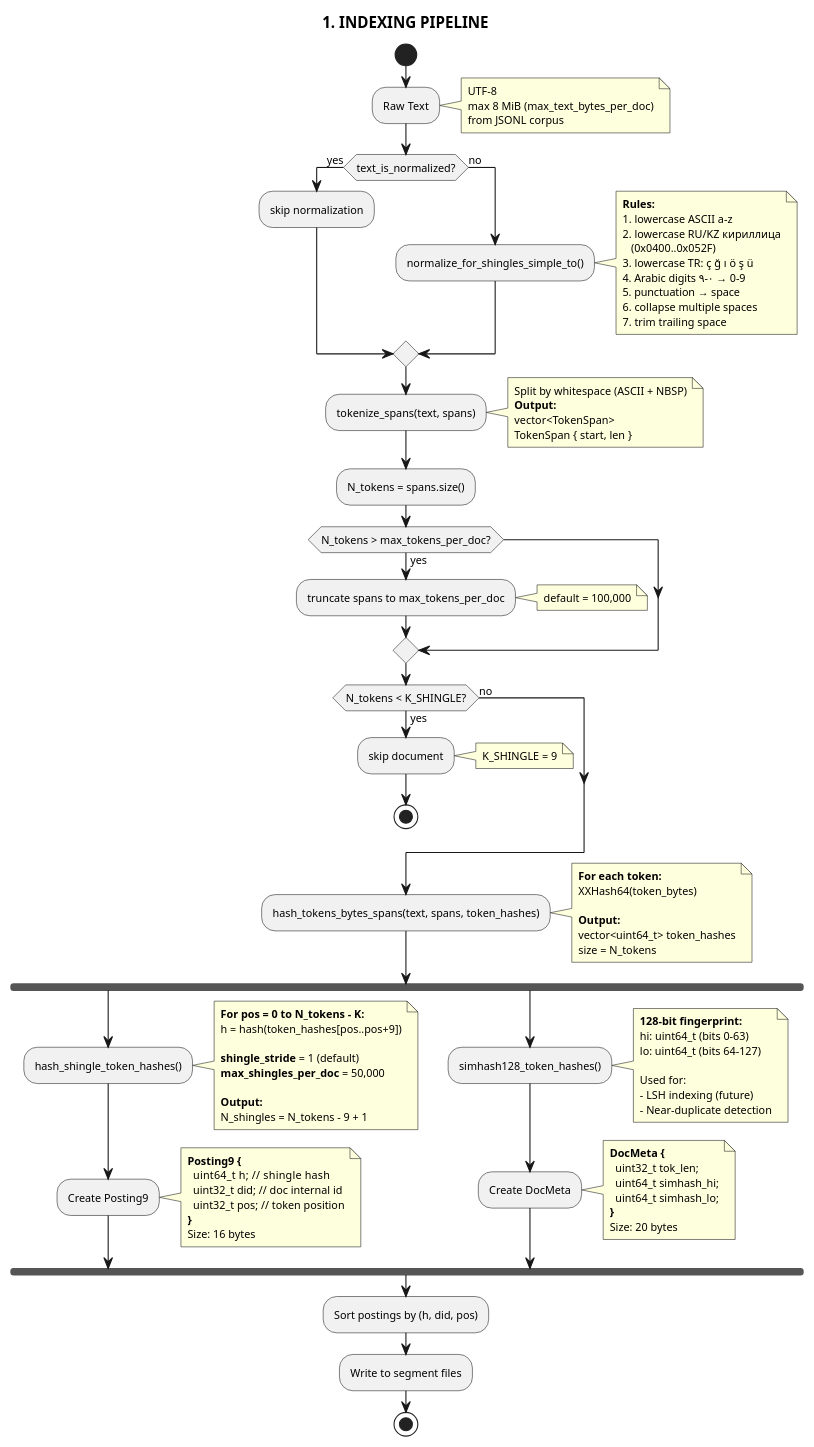
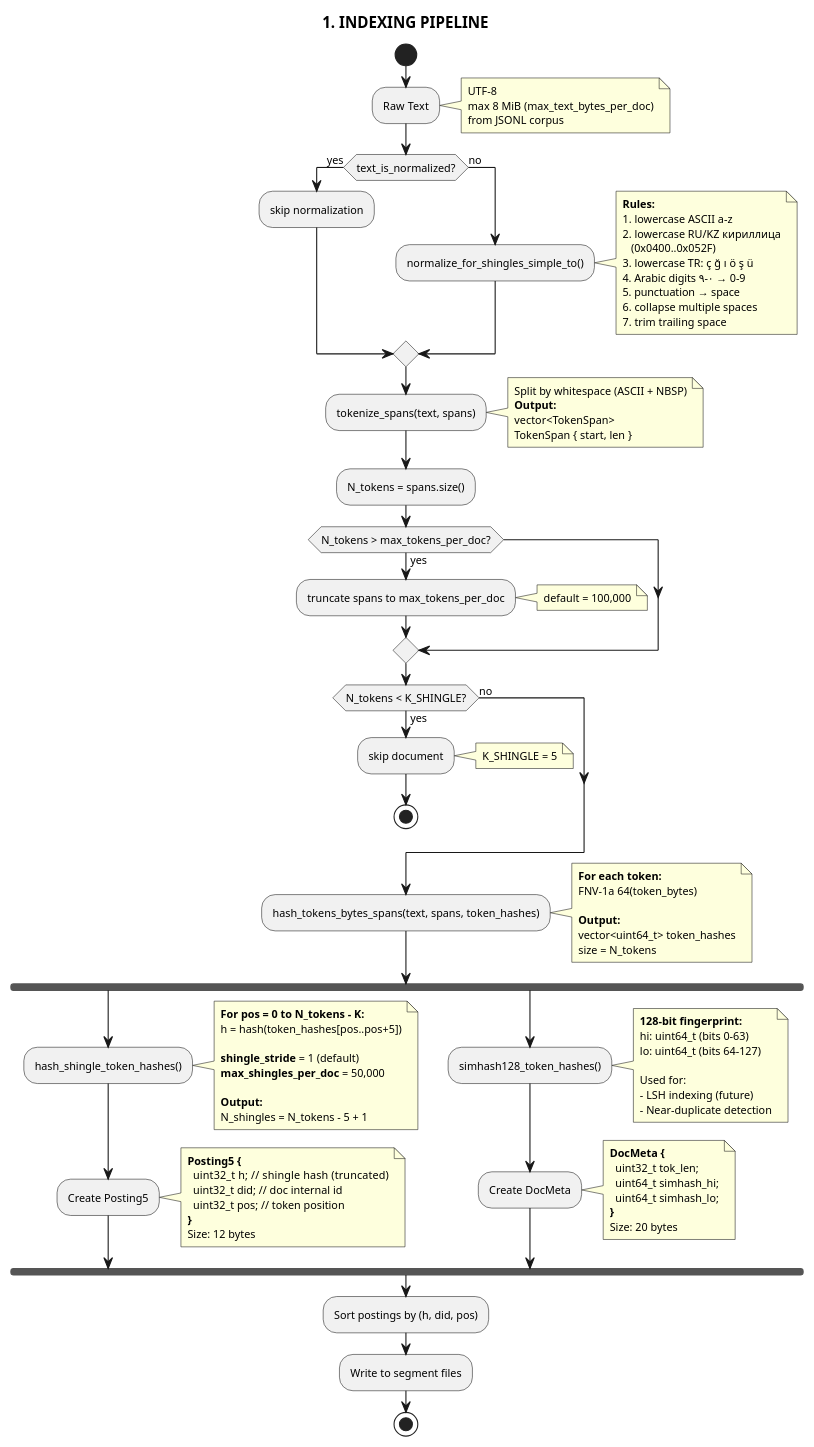
Before and after one commit to ProgrammerXX1/anti-plagiarism: the diagram in docs/1_indexing.puml, drawn with PlantUML. The commit also changed 6 other files, not shown here.

```diff
--- a/docs/1_indexing.puml
+++ b/docs/1_indexing.puml
@@ -1,117 +1,117 @@
 @startuml indexing
 skinparam backgroundColor white
 skinparam defaultFontName Arial
 skinparam defaultFontSize 10
 
 title 1. INDEXING PIPELINE
 
 start
 
 :Raw Text;
 note right
   UTF-8
   max 8 MiB (max_text_bytes_per_doc)
   from JSONL corpus
 end note
 
 if (text_is_normalized?) then (yes)
   :skip normalization;
 else (no)
   :normalize_for_shingles_simple_to();
   note right
     **Rules:**
     1. lowercase ASCII a-z
     2. lowercase RU/KZ кириллица
        (0x0400..0x052F)
     3. lowercase TR: ç ğ ı ö ş ü
     4. Arabic digits ٠-٩ → 0-9
     5. punctuation → space
     6. collapse multiple spaces
     7. trim trailing space
   end note
 endif
 
 :tokenize_spans(text, spans);
 note right
   Split by whitespace (ASCII + NBSP)
   **Output:**
   vector<TokenSpan>
   TokenSpan { start, len }
 end note
 
 :N_tokens = spans.size();
 
 if (N_tokens > max_tokens_per_doc?) then (yes)
   :truncate spans to max_tokens_per_doc;
   note right: default = 100,000
 endif
 
 if (N_tokens < K_SHINGLE?) then (yes)
   :skip document;
-  note right: K_SHINGLE = 9
+  note right: K_SHINGLE = 5
   stop
 else (no)
 endif
 
 :hash_tokens_bytes_spans(text, spans, token_hashes);
 note right
   **For each token:**
-  XXHash64(token_bytes)
+  FNV-1a 64(token_bytes)
   
   **Output:**
   vector<uint64_t> token_hashes
   size = N_tokens
 end note
 
 fork
   :hash_shingle_token_hashes();
   note right
     **For pos = 0 to N_tokens - K:**
-    h = hash(token_hashes[pos..pos+9])
+    h = hash(token_hashes[pos..pos+5])
     
     **shingle_stride** = 1 (default)
     **max_shingles_per_doc** = 50,000
     
     **Output:**
-    N_shingles = N_tokens - 9 + 1
+    N_shingles = N_tokens - 5 + 1
   end note
   
-  :Create Posting9;
+  :Create Posting5;
   note right
-    **Posting9 {**
-      uint64_t h;   // shingle hash
+    **Posting5 {**
+      uint32_t h;   // shingle hash (truncated)
       uint32_t did; // doc internal id
       uint32_t pos; // token position
     **}**
-    Size: 16 bytes
+    Size: 12 bytes
   end note
 fork again
   :simhash128_token_hashes();
   note right
     **128-bit fingerprint:**
     hi: uint64_t (bits 0-63)
     lo: uint64_t (bits 64-127)
     
     Used for:
     - LSH indexing (future)
     - Near-duplicate detection
   end note
   
   :Create DocMeta;
   note right
     **DocMeta {**
       uint32_t tok_len;
       uint64_t simhash_hi;
       uint64_t simhash_lo;
     **}**
     Size: 20 bytes
   end note
 end fork
 
 :Sort postings by (h, did, pos);
 
 :Write to segment files;
 
 stop
 
 @enduml
```
